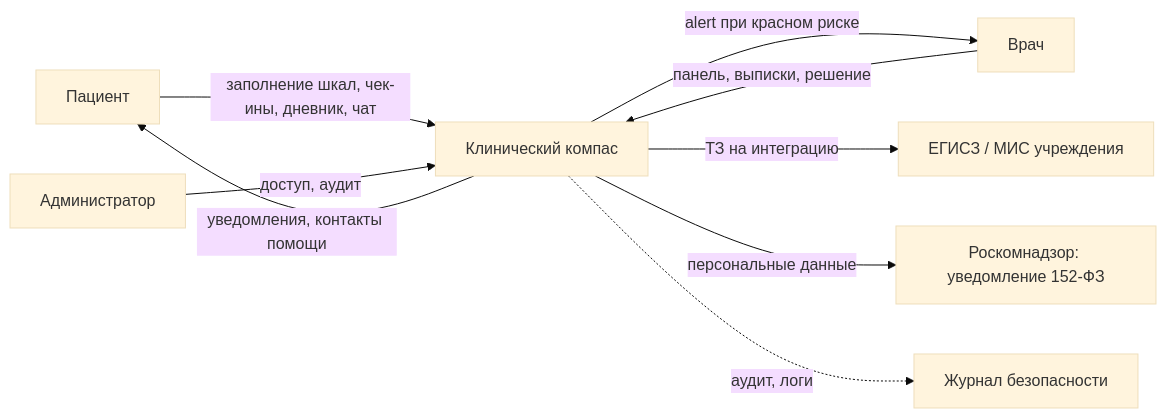
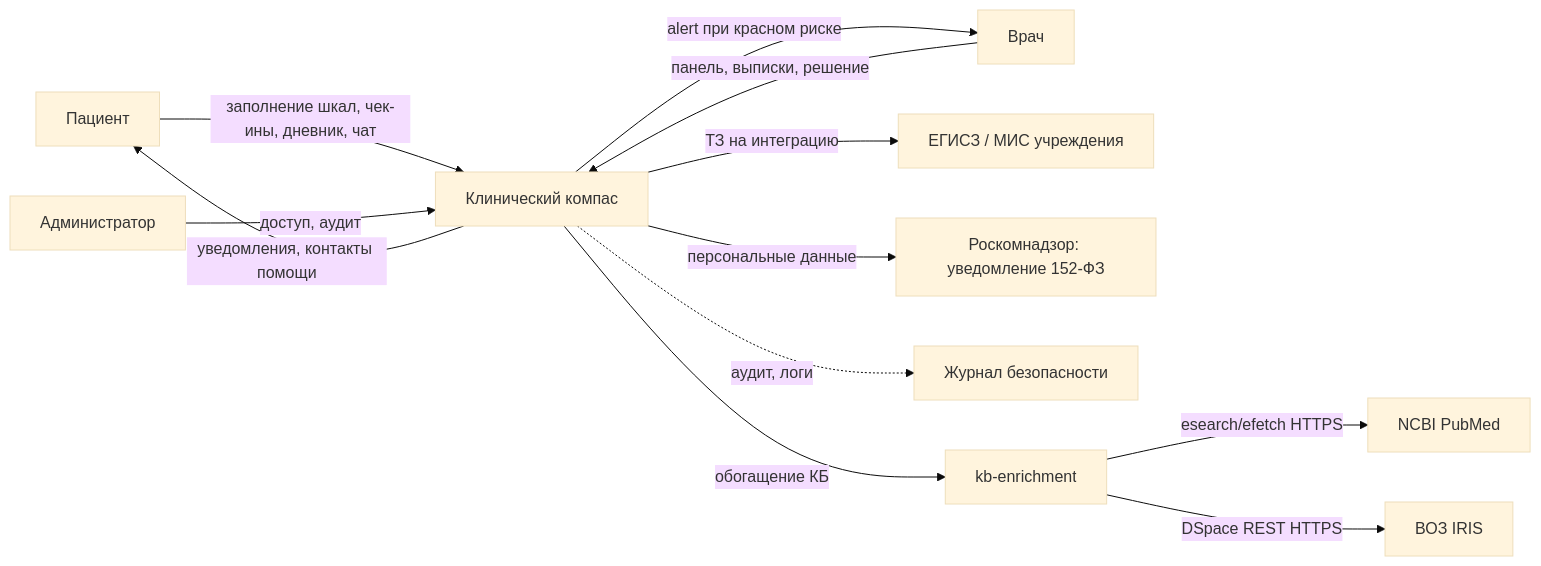
One commit to Kiraprint/clinical-compass changed the diagram in docs/02-системный-анализ.md. Above: the diagram before and after it, drawn with Mermaid (base theme). The commit also changed other lines of this file and 8 other files, not shown here.

````diff
--- a/docs/02-системный-анализ.md
+++ b/docs/02-системный-анализ.md
@@ -34,11 +34,14 @@
 ```mermaid
 flowchart LR
     P[Пациент] -->|заполнение шкал, чек-ины, дневник, чат| S[Клинический компас]
     D[Врач] -->|панель, выписки, решение| S
     A[Администратор] -->|доступ, аудит| S
     S -->|уведомления, контакты помощи| P
     S -->|alert при красном риске| D
     S -->|ТЗ на интеграцию| E[ЕГИСЗ / МИС учреждения]
     S -->|персональные данные| R[Роскомнадзор: уведомление 152-ФЗ]
     S -.->|аудит, логи| L[Журнал безопасности]
+    S -->|обогащение КБ| G[kb-enrichment]
+    G -->|esearch/efetch HTTPS| N[NCBI PubMed]
+    G -->|DSpace REST HTTPS| W[ВОЗ IRIS]
 ```
````
